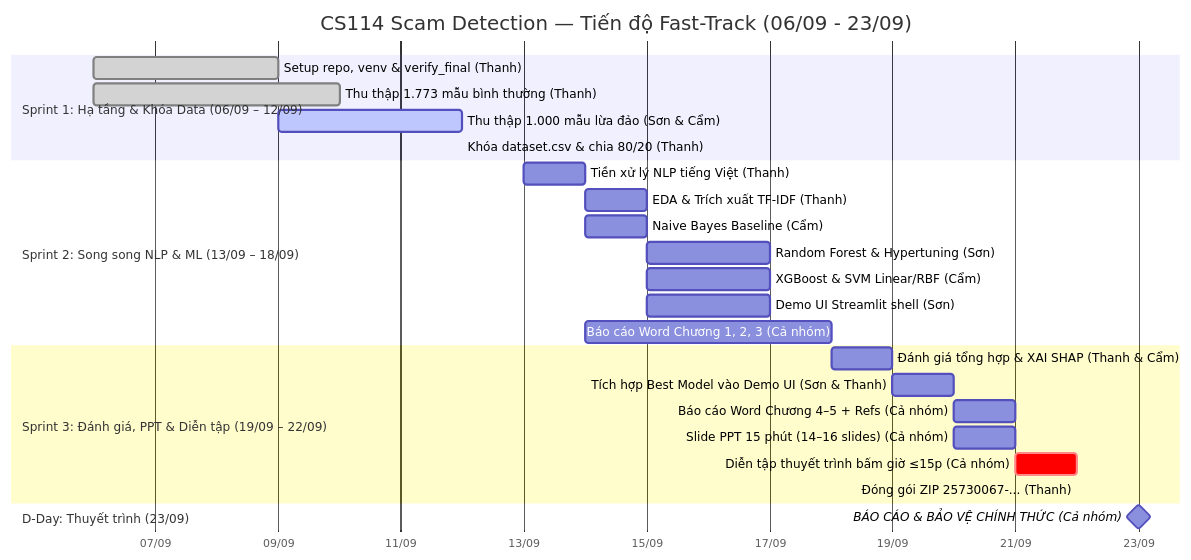
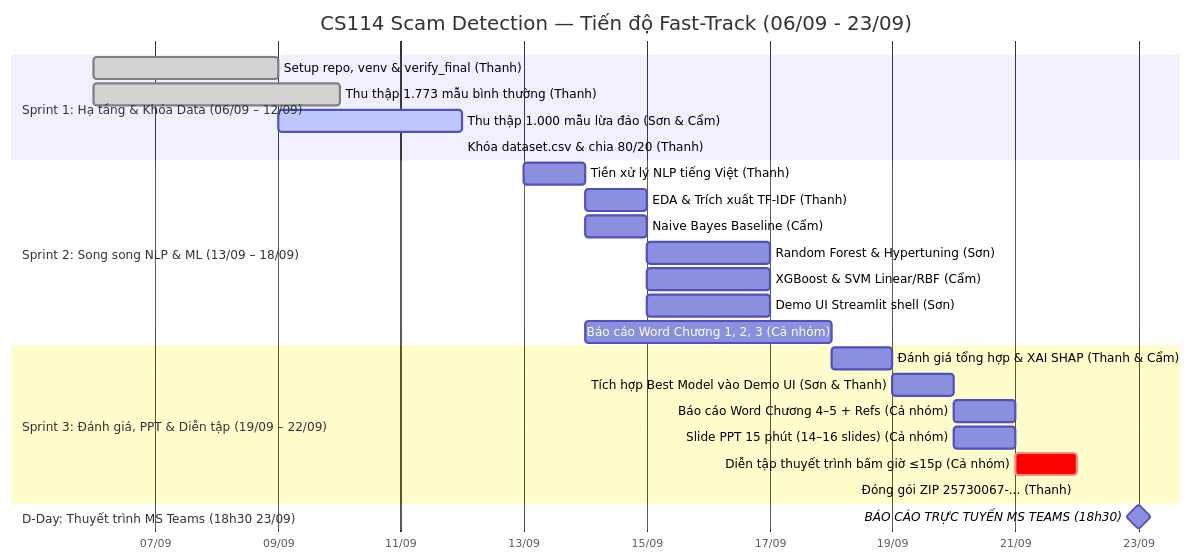
The diagram in draft/scam-detection/docs/project-roadmap.md (uit-25730067-chithanh/CS114-Team10-Elderly-Scam-Detection), drawn with Mermaid before and after one commit. The commit also changed other lines of this file and 5 other files, not shown here.

Commit message:
docs(roadmap): synchronize 18h30 ms teams timeline across master plans and roadmaps

````diff
--- a/draft/scam-detection/docs/project-roadmap.md
+++ b/draft/scam-detection/docs/project-roadmap.md
@@ -14,33 +14,33 @@
 ```mermaid
 gantt
     title CS114 Scam Detection — Tiến độ Fast-Track (06/09 - 23/09)
     dateFormat  YYYY-MM-DD
     axisFormat  %d/%m
     tickInterval 2d
 
     section Sprint 1: Hạ tầng & Khóa Data (06/09 – 12/09)
     Setup repo, venv & verify_final (Thanh)        :done, s1_1, 2026-09-06, 2026-09-09
     Thu thập 1.773 mẫu bình thường (Thanh)         :done, s1_2, 2026-09-06, 2026-09-10
     Thu thập 1.000 mẫu lừa đảo (Sơn & Cẩm)         :active, s1_3, 2026-09-09, 2026-09-12
     Khóa dataset.csv & chia 80/20 (Thanh)          :crit, s1_4, 2026-09-12, 2026-09-12
 
     section Sprint 2: Song song NLP & ML (13/09 – 18/09)
     Tiền xử lý NLP tiếng Việt (Thanh)              :s2_1, 2026-09-13, 2026-09-14
     EDA & Trích xuất TF-IDF (Thanh)                :s2_2, 2026-09-14, 2026-09-15
     Naive Bayes Baseline (Cẩm)                     :s2_3, 2026-09-14, 2026-09-15
     Random Forest & Hypertuning (Sơn)              :s2_4, 2026-09-15, 2026-09-17
     XGBoost & SVM Linear/RBF (Cẩm)                 :s2_5, 2026-09-15, 2026-09-17
     Demo UI Streamlit shell (Sơn)                  :s2_6, 2026-09-15, 2026-09-17
     Báo cáo Word Chương 1, 2, 3 (Cả nhóm)          :s2_7, 2026-09-14, 2026-09-18
 
     section Sprint 3: Đánh giá, PPT & Diễn tập (19/09 – 22/09)
     Đánh giá tổng hợp & XAI SHAP (Thanh & Cẩm)     :s3_1, 2026-09-18, 2026-09-19
     Tích hợp Best Model vào Demo UI (Sơn & Thanh)  :s3_2, 2026-09-19, 2026-09-20
     Báo cáo Word Chương 4–5 + Refs (Cả nhóm)       :s3_3, 2026-09-20, 2026-09-21
     Slide PPT 15 phút (14–16 slides) (Cả nhóm)     :s3_4, 2026-09-20, 2026-09-21
     Diễn tập thuyết trình bấm giờ ≤15p (Cả nhóm)   :crit, s3_5, 2026-09-21, 2026-09-22
     Đóng gói ZIP 25730067-... (Thanh)              :s3_6, 2026-09-22, 2026-09-22
 
-    section D-Day: Thuyết trình (23/09)
-    BÁO CÁO & BẢO VỆ CHÍNH THỨC (Cả nhóm)          :milestone, s3_7, 2026-09-23, 0d
+    section D-Day: Thuyết trình MS Teams (18h30 23/09)
+    BÁO CÁO TRỰC TUYẾN MS TEAMS (18h30)            :milestone, s3_7, 2026-09-23, 0d
 ```
````
